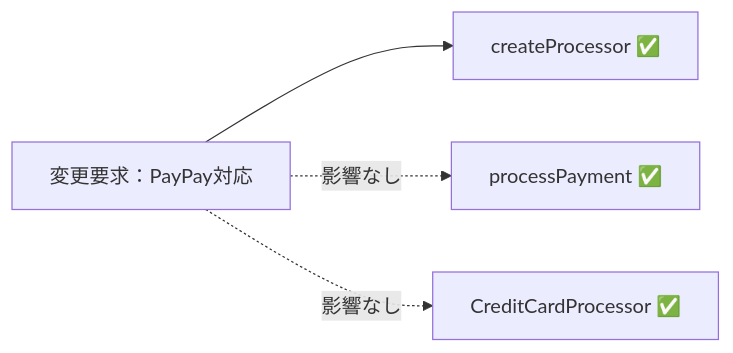
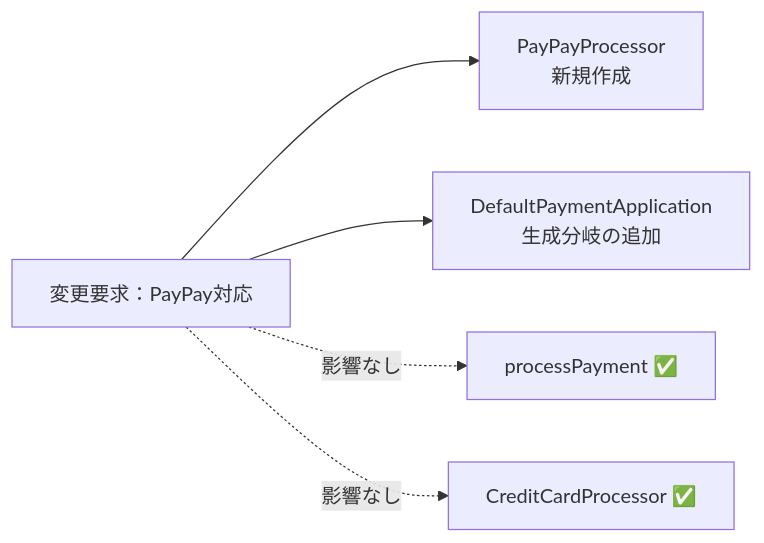
The fourth of 5 diagrams in kindle/design-patterns/output/chapter08.md (kumachan1101-pixel/DesignPattern), drawn with Mermaid before and after one commit. The commit also changed other lines of this file and 1 other file, not shown here.

````diff
--- a/kindle/design-patterns/output/chapter08.md
+++ b/kindle/design-patterns/output/chapter08.md
@@ -804,6 +813,7 @@
 ```mermaid
 graph LR
-    T1["変更要求：PayPay対応"] --> F1["createProcessor ✅"]
+    T1["変更要求：PayPay対応"] --> F0["PayPayProcessor<br>新規作成"]
+    T1 --> F1["DefaultPaymentApplication<br>生成分岐の追加"]
     T1 -. "影響なし" .-> A["processPayment ✅"]
     T1 -. "影響なし" .-> B["CreditCardProcessor ✅"]
 ```
````
